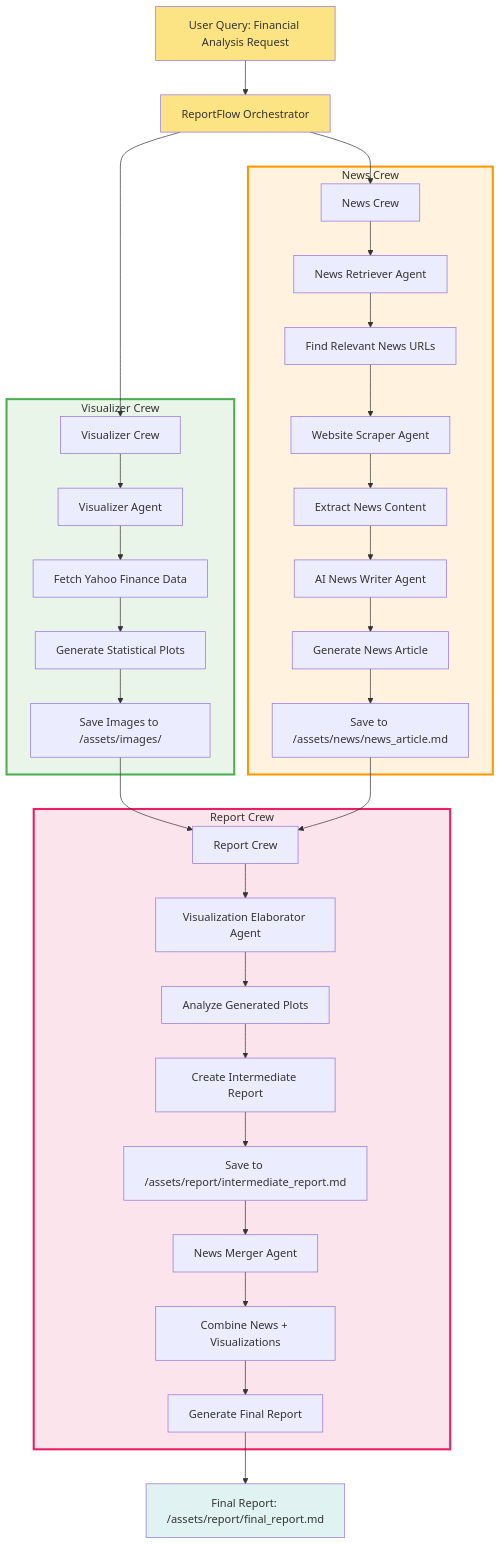
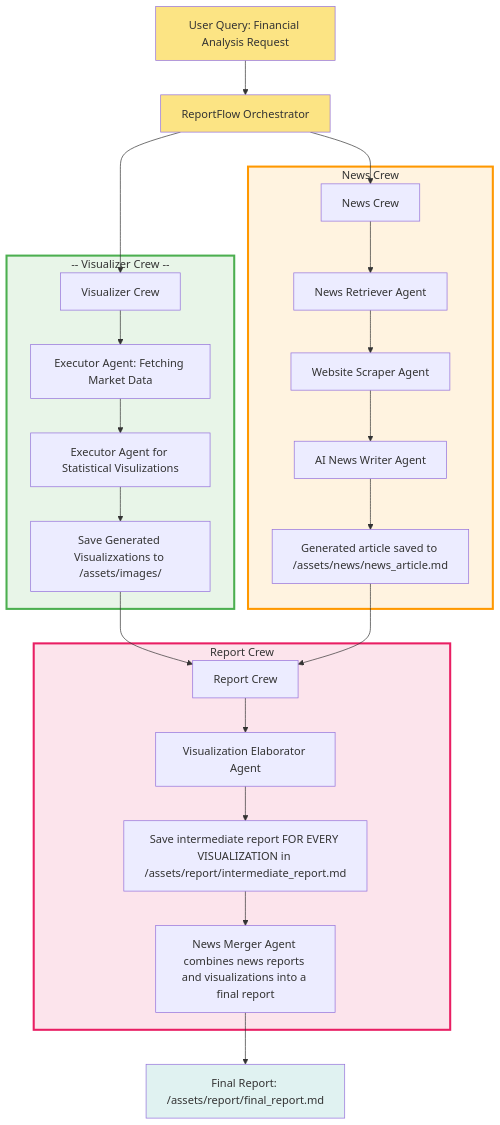
Before and after one commit to rohan-g0re/Agent-Crew-for-Deep-Research: the diagram in README.md, drawn with Mermaid.

````diff
--- a/README.md
+++ b/README.md
@@ -11,49 +11,39 @@
 ```mermaid
 graph TD
     A[User Query: Financial Analysis Request] --> B[ReportFlow Orchestrator]
     
     B --> C[Visualizer Crew]
     B --> D[News Crew]
     
-    subgraph VIZ ["Visualizer Crew"]
-    
-        C --> C1[Visualizer Agent]
-        C1 --> C2[Fetch Yahoo Finance Data]
-        C2 --> C3[Generate Statistical Plots]
-        C3 --> C4[Save Images to /assets/images/]
+    subgraph VIZ [" -- Visualizer Crew -- "]
+        C --> C2[Executor Agent: Fetching Market Data]
+        C2 --> C3[Executor Agent for Statistical Visulizations]
+        C3 --> C4[Save Generated Visualizxations to /assets/images/]
     end
     
     subgraph NEWS ["News Crew"]
-
         D --> D1[News Retriever Agent]
-        D1 --> D2[Find Relevant News URLs]
-        D2 --> D3[Website Scraper Agent]
-        D3 --> D4[Extract News Content]
-        D4 --> D5[AI News Writer Agent]
-        D5 --> D6[Generate News Article]
-        D6 --> D7[Save to /assets/news/news_article.md]
+        D1 --> D3[Website Scraper Agent]
+        D3 --> D5[AI News Writer Agent]
+        D5 --> D7[Generated article saved to /assets/news/news_article.md]
     end
     
     C4 --> E[Report Crew]
     D7 --> E
     
     subgraph REPORT ["Report Crew"]
         E --> E1[Visualization Elaborator Agent]
-        E1 --> E2[Analyze Generated Plots]
-        E2 --> E3[Create Intermediate Report]
-        E3 --> E4[Save to /assets/report/intermediate_report.md]
+        E1 --> E4[Save intermediate report FOR EVERY VISUALIZATION in /assets/report/intermediate_report.md]
         
-        E4 --> E5[News Merger Agent]
-        E5 --> E6[Combine News + Visualizations]
-        E6 --> E7[Generate Final Report]
+        E4 --> E5[News Merger Agent combines news reports and visualizations into a final report]
     end
-    E7 --> F[Final Report: /assets/report/final_report.md]
+    E5 --> F[Final Report: /assets/report/final_report.md]
     
     style A fill:#fce484
     style B fill:#fce484
     style F fill:#e0f2f1
     
     style VIZ fill:#e8f5e8,stroke:#4caf50,stroke-width:3px
     style NEWS fill:#fff3e0,stroke:#ff9800,stroke-width:3px
     style REPORT fill:#fce4ec,stroke:#e91e63,stroke-width:3px
 ```
````
